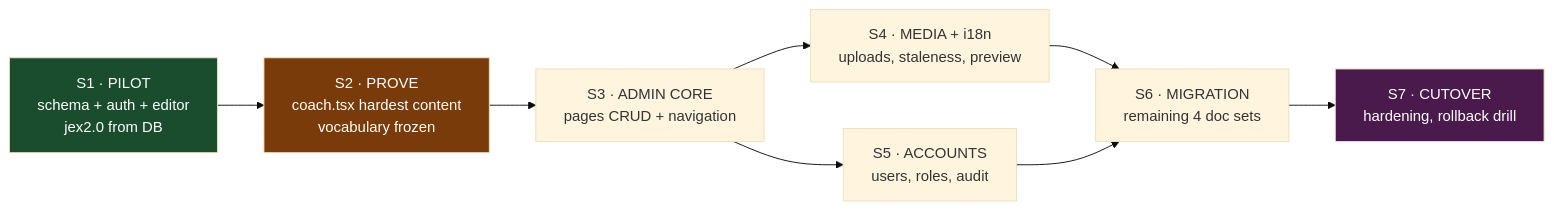
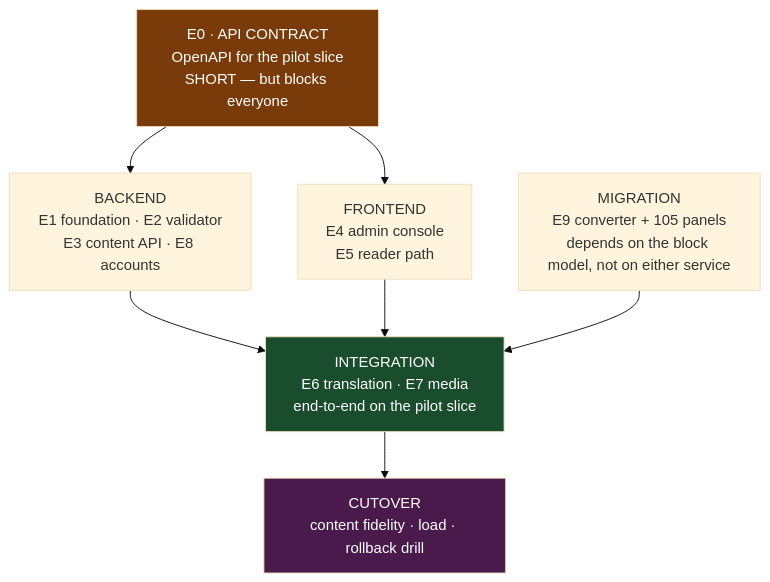
The diagram in docs/design/DEV-PLAN.md (Oudompanha123/coc-docs-platform-renewal), drawn with Mermaid (base theme) before and after one commit. The commit also changed other lines of this file and 14 other files, not shown here.

````diff
--- a/docs/design/DEV-PLAN.md
+++ b/docs/design/DEV-PLAN.md
@@ -41,14 +49,15 @@
 ```mermaid
-graph LR
-  S1["S1 · PILOT<br/>schema + auth + editor<br/>jex2.0 from DB"] --> S2["S2 · PROVE<br/>coach.tsx hardest content<br/>vocabulary frozen"]
-  S2 --> S3["S3 · ADMIN CORE<br/>pages CRUD + navigation"]
-  S3 --> S4["S4 · MEDIA + i18n<br/>uploads, staleness, preview"]
-  S3 --> S5["S5 · ACCOUNTS<br/>users, roles, audit"]
-  S4 --> S6["S6 · MIGRATION<br/>remaining 4 doc sets"]
-  S5 --> S6
-  S6 --> S7["S7 · CUTOVER<br/>hardening, rollback drill"]
+graph TB
+  E0["E0 · API CONTRACT<br/>OpenAPI for the pilot slice<br/>SHORT — but blocks everyone"]
+  E0 --> BE["BACKEND<br/>E1 foundation · E2 validator<br/>E3 content API · E8 accounts"]
+  E0 --> FE["FRONTEND<br/>E4 admin console<br/>E5 reader path"]
+  MIG["MIGRATION<br/>E9 converter + 105 panels<br/>depends on the block model, not on either service"]
+  BE --> INT["INTEGRATION<br/>E6 translation · E7 media<br/>end-to-end on the pilot slice"]
+  FE --> INT
+  MIG --> INT
+  INT --> CUT["CUTOVER<br/>content fidelity · load · rollback drill"]
 
-  style S1 fill:#1a4d2e,color:#fff
-  style S2 fill:#7a3b0a,color:#fff
-  style S7 fill:#4a1a4d,color:#fff
+  style E0 fill:#7a3b0a,color:#fff
+  style INT fill:#1a4d2e,color:#fff
+  style CUT fill:#4a1a4d,color:#fff
 ```
````
